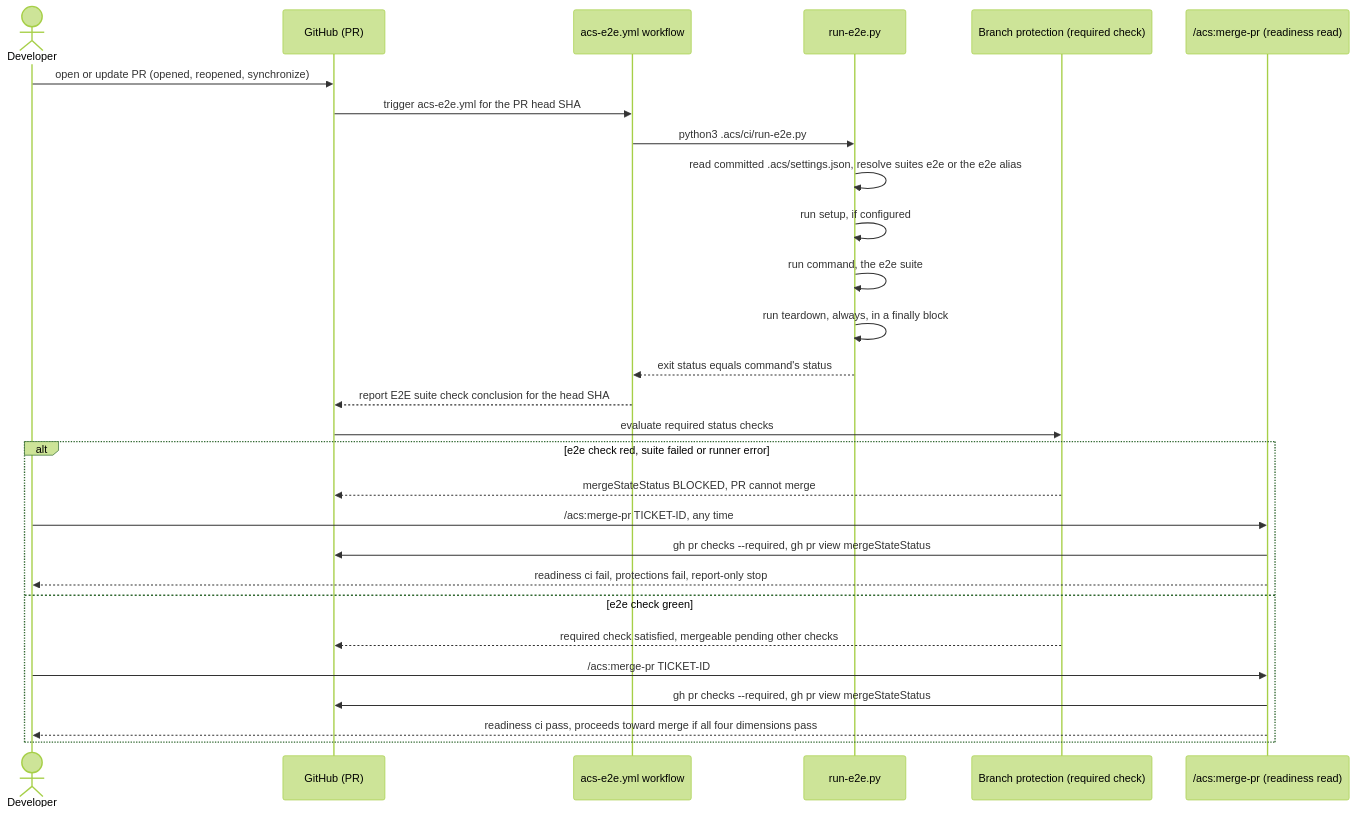
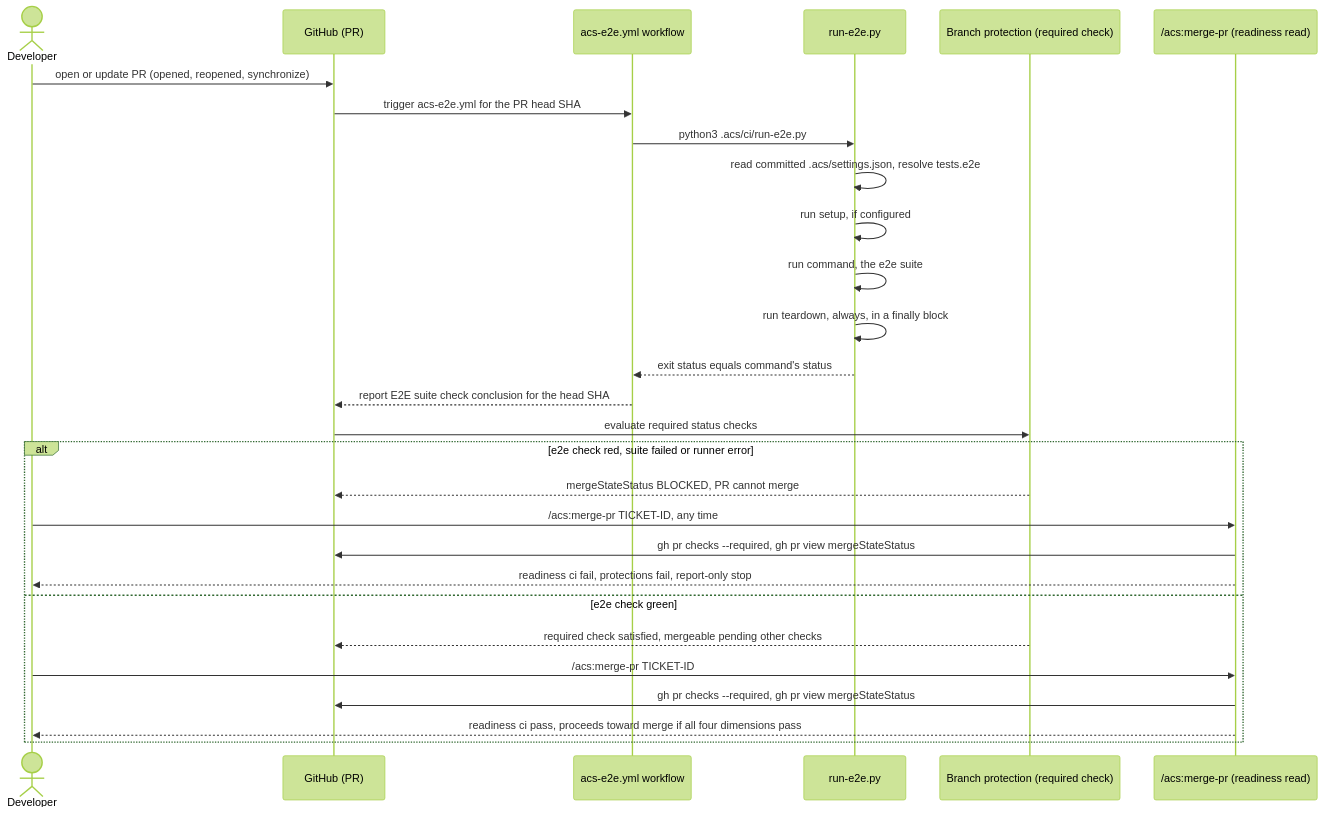
Before and after one commit to globalmindsolution/gms-marketplace: the diagram in docs/architecture/lld/flows/enforce-e2e-merge-gate.md, drawn with Mermaid (forest theme). The commit also changed 66 other files, not shown here.

````diff
--- a/docs/architecture/lld/flows/enforce-e2e-merge-gate.md
+++ b/docs/architecture/lld/flows/enforce-e2e-merge-gate.md
@@ -7,31 +7,31 @@
 ```mermaid
 sequenceDiagram
     actor Dev as Developer
     participant GH as GitHub (PR)
     participant WF as acs-e2e.yml workflow
     participant RUN as run-e2e.py
     participant BP as Branch protection (required check)
     participant MP as /acs:merge-pr (readiness read)
 
     Dev->>GH: open or update PR (opened, reopened, synchronize)
     GH->>WF: trigger acs-e2e.yml for the PR head SHA
     WF->>RUN: python3 .acs/ci/run-e2e.py
-    RUN->>RUN: read committed .acs/settings.json, resolve suites e2e or the e2e alias
+    RUN->>RUN: read committed .acs/settings.json, resolve tests.e2e
     RUN->>RUN: run setup, if configured
     RUN->>RUN: run command, the e2e suite
     RUN->>RUN: run teardown, always, in a finally block
     RUN-->>WF: exit status equals command's status
     WF-->>GH: report E2E suite check conclusion for the head SHA
     GH->>BP: evaluate required status checks
     alt e2e check red, suite failed or runner error
         BP-->>GH: mergeStateStatus BLOCKED, PR cannot merge
         Dev->>MP: /acs:merge-pr TICKET-ID, any time
         MP->>GH: gh pr checks --required, gh pr view mergeStateStatus
         MP-->>Dev: readiness ci fail, protections fail, report-only stop
     else e2e check green
         BP-->>GH: required check satisfied, mergeable pending other checks
         Dev->>MP: /acs:merge-pr TICKET-ID
         MP->>GH: gh pr checks --required, gh pr view mergeStateStatus
         MP-->>Dev: readiness ci pass, proceeds toward merge if all four dimensions pass
     end
 ```
````
